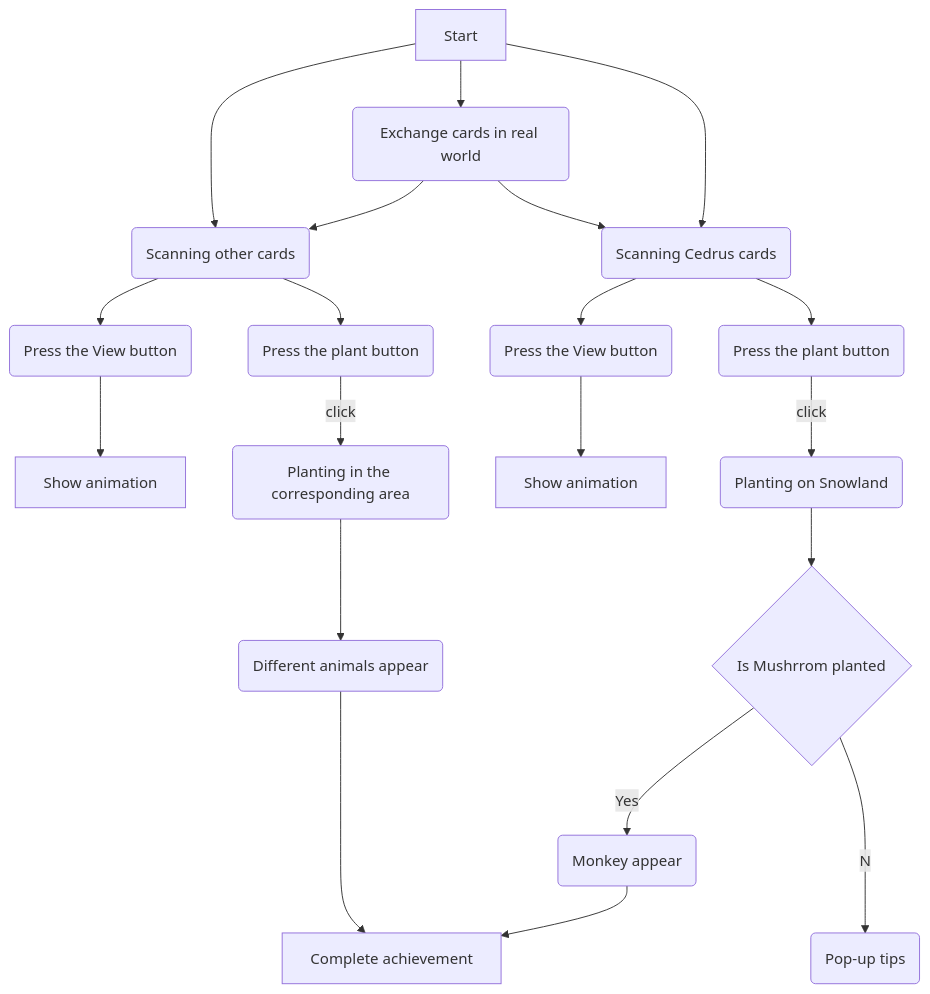
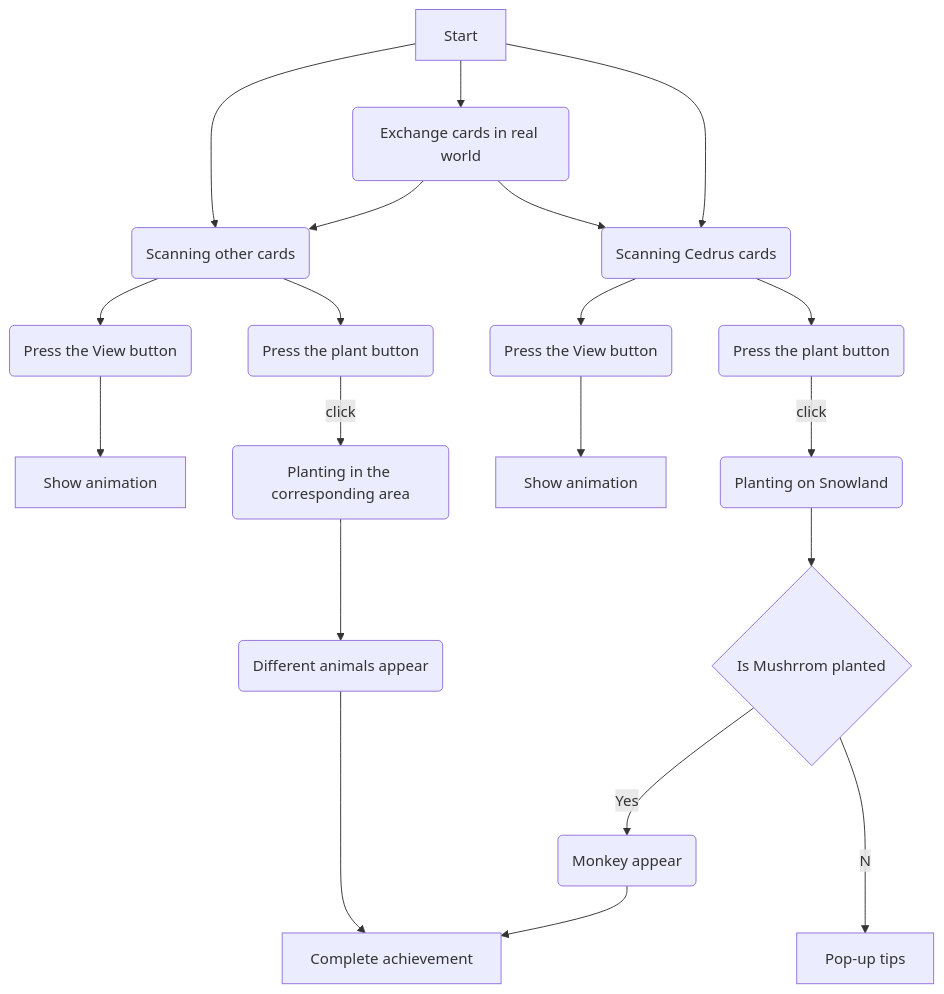
One commit to zhangxiangna/CreativeMakingFinalProject changed the diagram in README.md. Above: the diagram before and after it, drawn with Mermaid.

````diff
--- a/README.md
+++ b/README.md
@@ -17,22 +17,22 @@
 ```mermaid
 flowchart  TD;
     A[Start] --> B(Scanning other cards)
     A -->S(Exchange cards in real world)
     S -->B 
     S -->E 
     B --> D(Press the View button)
     A -->E(Scanning Cedrus cards)
     B -->G(Press the plant button)
     G --click-->C(Planting in the corresponding area)
     C -->H(Different animals appear)
     E -->J(Press the View button)
     J -->Q[Show animation]
     D -->R[Show animation]
     E -->K(Press the plant button)
     K --click-->N(Planting on Snowland)
     N -->L{Is Mushrrom planted}
     L --Yes-->M(Monkey appear)
-    L --No-->O(Pop-up tips)
+    L --No-->O[Pop-up tips]
     M -->P[Complete achievement]
     H -->P
 ```
````
